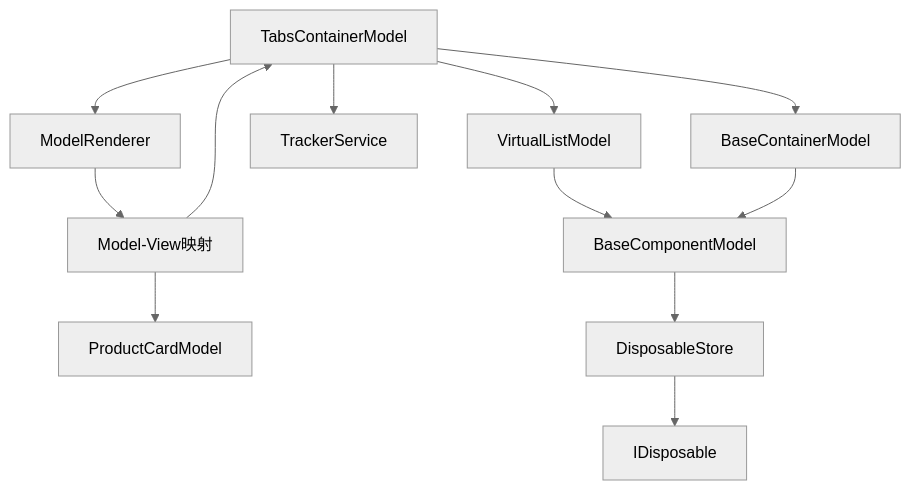
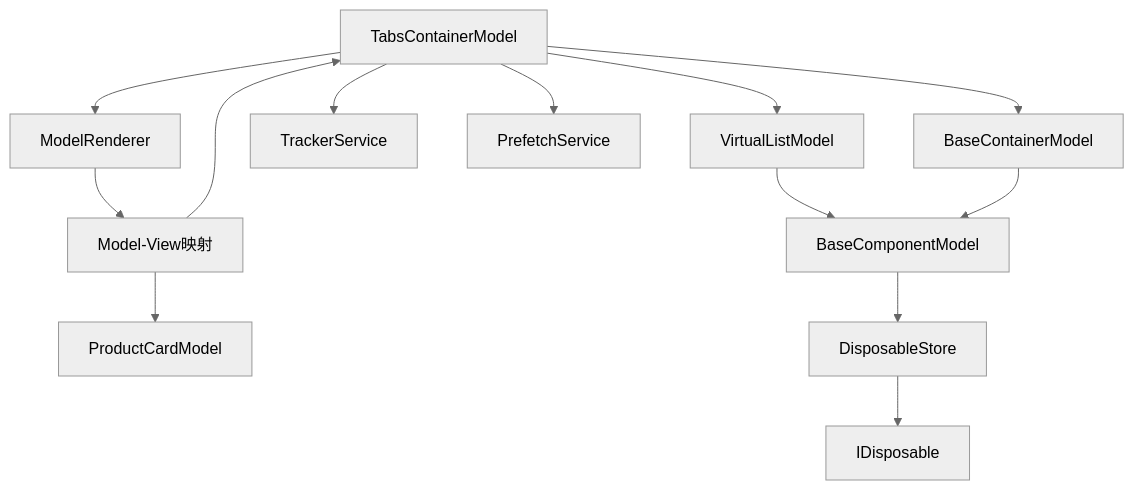
One commit to pomeloneo/mobile-builder-arch-demo changed the eighth of 8 diagrams in .qoder/repowiki/zh/content/组件库/容器组件/标签页容器.md. Above: the diagram before and after it, drawn with Mermaid (neutral theme). The commit also changed other lines of this file and 211 other files, not shown here.

````diff
--- a/.qoder/repowiki/zh/content/组件库/容器组件/标签页容器.md
+++ b/.qoder/repowiki/zh/content/组件库/容器组件/标签页容器.md
@@ -316,14 +327,15 @@
 ```mermaid
 graph TD
 TC[TabsContainerModel] --> BM[BaseContainerModel]
 TC --> VL[VirtualListModel]
 TC --> TS[TrackerService]
+TC --> PS[PrefetchService]
 TC --> MR[ModelRenderer]
 VL --> BCM[BaseComponentModel]
 MR --> MV[Model-View映射]
 MV --> PC[ProductCardModel]
 MV --> TC
 BM --> BCM
 BCM --> DS[DisposableStore]
 DS --> ID[IDisposable]
 ```
````
